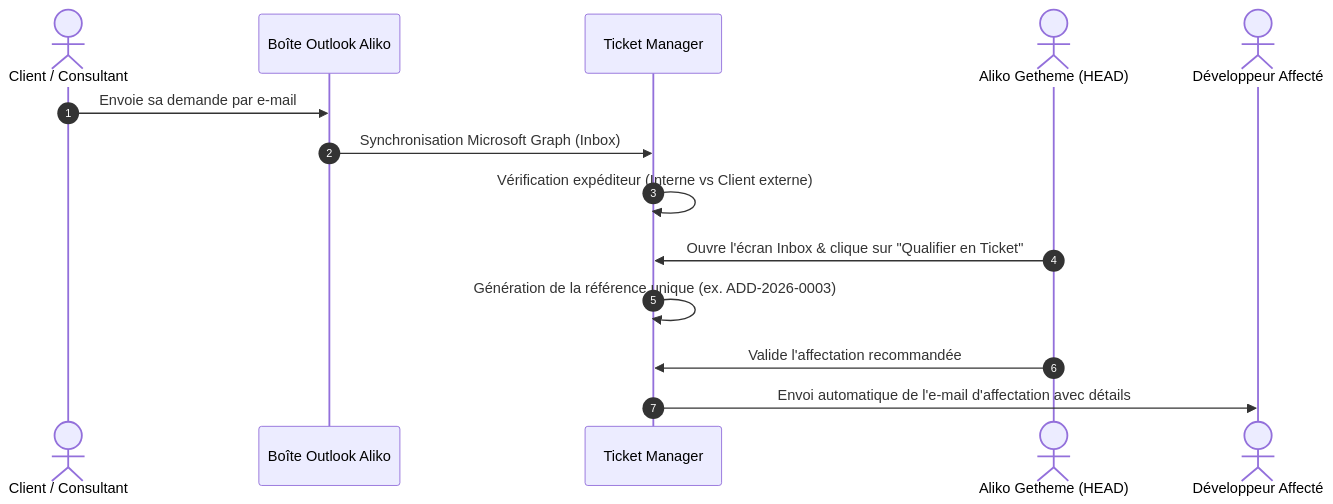
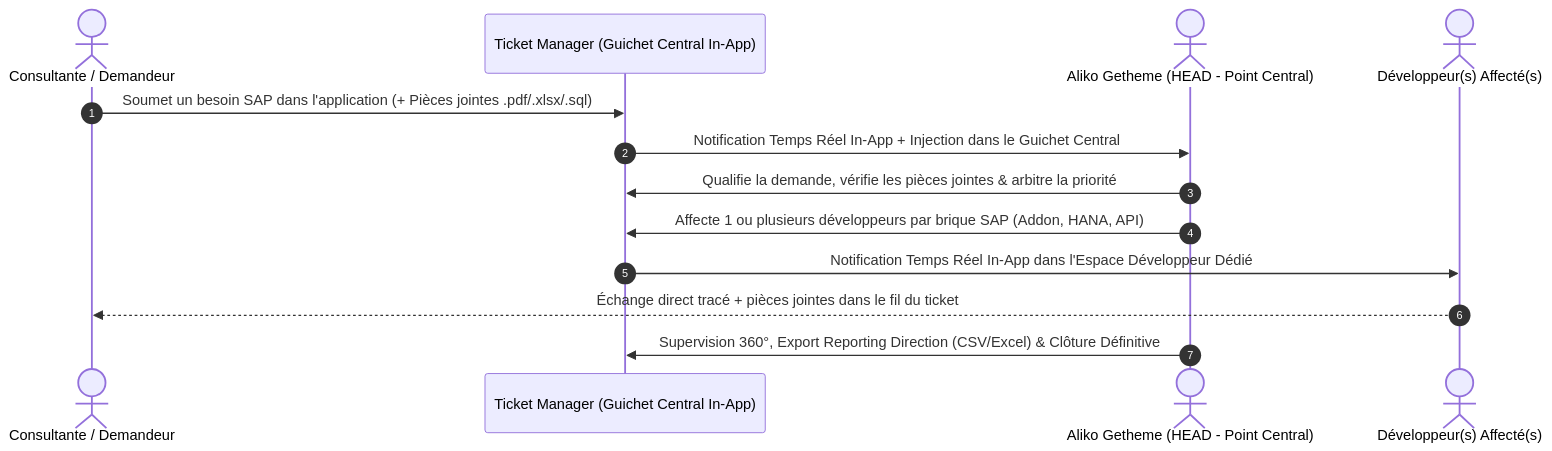
Before and after one commit to MohaDicko/gestion_ticketSAFIR: the first of 2 diagrams in CAHIER_DE_CHARGE.md, drawn with Mermaid. The commit also changed other lines of this file and 2 other files, not shown here.

Commit message:
feat(in-app-hub): flux 100% In-App centralise autour d'Aliko + pieces jointes SAP, export reporting CSV/Excel et centre de notifications temps reel

````diff
--- a/CAHIER_DE_CHARGE.md
+++ b/CAHIER_DE_CHARGE.md
@@ -115,17 +115,16 @@
 ```mermaid
 sequenceDiagram
     autonumber
-    actor Client as Client / Consultant
-    participant M365 as Boîte Outlook Aliko
-    participant App as Ticket Manager
-    actor Aliko as Aliko Getheme (HEAD)
-    actor Dev as Développeur Affecté
+    actor Consultant as Consultante / Demandeur
+    participant App as Ticket Manager (Guichet Central In-App)
+    actor Aliko as Aliko Getheme (HEAD - Point Central)
+    actor Dev as Développeur(s) Affecté(s)
 
-    Client->>M365: Envoie sa demande par e-mail
-    M365->>App: Synchronisation Microsoft Graph (Inbox)
-    App->>App: Vérification expéditeur (Interne vs Client externe)
-    Aliko->>App: Ouvre l'écran Inbox & clique sur "Qualifier en Ticket"
-    App->>App: Génération de la référence unique (ex. ADD-2026-0003)
-    Aliko->>App: Valide l'affectation recommandée
-    App->>Dev: Envoi automatique de l'e-mail d'affectation avec détails
+    Consultant->>App: Soumet un besoin SAP dans l'application (+ Pièces jointes .pdf/.xlsx/.sql)
+    App->>Aliko: Notification Temps Réel In-App + Injection dans le Guichet Central
+    Aliko->>App: Qualifie la demande, vérifie les pièces jointes & arbitre la priorité
+    Aliko->>App: Affecte 1 ou plusieurs développeurs par brique SAP (Addon, HANA, API)
+    App->>Dev: Notification Temps Réel In-App dans l'Espace Développeur Dédié
+    Dev-->>Consultant: Échange direct tracé + pièces jointes dans le fil du ticket
+    Aliko->>App: Supervision 360°, Export Reporting Direction (CSV/Excel) & Clôture Définitive
 ```
````
